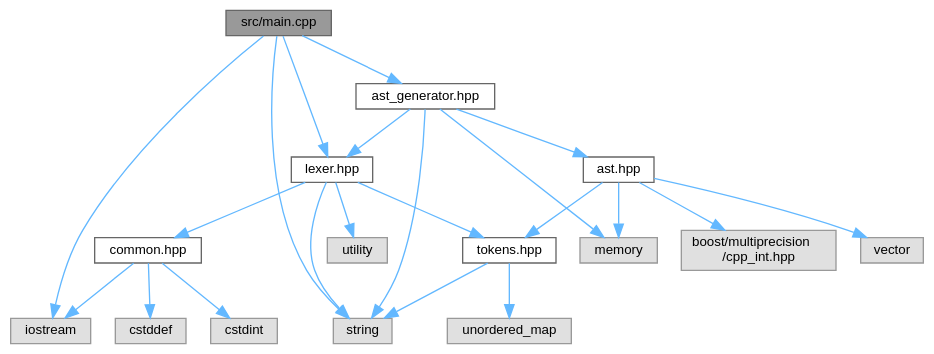
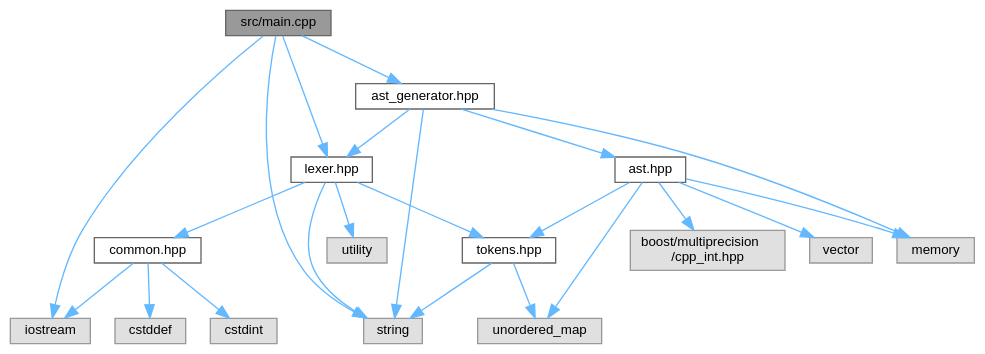
One commit to kejunp/kejunp.github.io changed the diagram in pebbl/docs/main_8cpp__incl.dot. Above: the diagram before and after it, drawn with Graphviz. The commit also changed 30 other files, not shown here.

```diff
--- a/pebbl/docs/main_8cpp__incl.dot
+++ b/pebbl/docs/main_8cpp__incl.dot
@@ -1,43 +1,44 @@
 digraph "src/main.cpp"
 {
  // LATEX_PDF_SIZE
   bgcolor="transparent";
   edge [fontname=Helvetica,fontsize=10,labelfontname=Helvetica,labelfontsize=10];
   node [fontname=Helvetica,fontsize=10,shape=box,height=0.2,width=0.4];
   Node1 [id="Node000001",label="src/main.cpp",height=0.2,width=0.4,color="gray40", fillcolor="grey60", style="filled", fontcolor="black",tooltip=" "];
   Node1 -> Node2 [id="edge1_Node000001_Node000002",color="steelblue1",style="solid",tooltip=" "];
   Node2 [id="Node000002",label="iostream",height=0.2,width=0.4,color="grey60", fillcolor="#E0E0E0", style="filled",tooltip=" "];
   Node1 -> Node3 [id="edge2_Node000001_Node000003",color="steelblue1",style="solid",tooltip=" "];
   Node3 [id="Node000003",label="string",height=0.2,width=0.4,color="grey60", fillcolor="#E0E0E0", style="filled",tooltip=" "];
   Node1 -> Node4 [id="edge3_Node000001_Node000004",color="steelblue1",style="solid",tooltip=" "];
   Node4 [id="Node000004",label="lexer.hpp",height=0.2,width=0.4,color="grey40", fillcolor="white", style="filled",URL="$lexer_8hpp.html",tooltip=" "];
   Node4 -> Node3 [id="edge4_Node000004_Node000003",color="steelblue1",style="solid",tooltip=" "];
   Node4 -> Node5 [id="edge5_Node000004_Node000005",color="steelblue1",style="solid",tooltip=" "];
   Node5 [id="Node000005",label="utility",height=0.2,width=0.4,color="grey60", fillcolor="#E0E0E0", style="filled",tooltip=" "];
   Node4 -> Node6 [id="edge6_Node000004_Node000006",color="steelblue1",style="solid",tooltip=" "];
   Node6 [id="Node000006",label="common.hpp",height=0.2,width=0.4,color="grey40", fillcolor="white", style="filled",URL="$common_8hpp.html",tooltip=" "];
   Node6 -> Node7 [id="edge7_Node000006_Node000007",color="steelblue1",style="solid",tooltip=" "];
   Node7 [id="Node000007",label="cstddef",height=0.2,width=0.4,color="grey60", fillcolor="#E0E0E0", style="filled",tooltip=" "];
   Node6 -> Node8 [id="edge8_Node000006_Node000008",color="steelblue1",style="solid",tooltip=" "];
   Node8 [id="Node000008",label="cstdint",height=0.2,width=0.4,color="grey60", fillcolor="#E0E0E0", style="filled",tooltip=" "];
   Node6 -> Node2 [id="edge9_Node000006_Node000002",color="steelblue1",style="solid",tooltip=" "];
   Node4 -> Node9 [id="edge10_Node000004_Node000009",color="steelblue1",style="solid",tooltip=" "];
   Node9 [id="Node000009",label="tokens.hpp",height=0.2,width=0.4,color="grey40", fillcolor="white", style="filled",URL="$tokens_8hpp.html",tooltip=" "];
   Node9 -> Node3 [id="edge11_Node000009_Node000003",color="steelblue1",style="solid",tooltip=" "];
   Node9 -> Node10 [id="edge12_Node000009_Node000010",color="steelblue1",style="solid",tooltip=" "];
   Node10 [id="Node000010",label="unordered_map",height=0.2,width=0.4,color="grey60", fillcolor="#E0E0E0", style="filled",tooltip=" "];
   Node1 -> Node11 [id="edge13_Node000001_Node000011",color="steelblue1",style="solid",tooltip=" "];
   Node11 [id="Node000011",label="ast_generator.hpp",height=0.2,width=0.4,color="grey40", fillcolor="white", style="filled",URL="$ast__generator_8hpp.html",tooltip=" "];
   Node11 -> Node12 [id="edge14_Node000011_Node000012",color="steelblue1",style="solid",tooltip=" "];
   Node12 [id="Node000012",label="memory",height=0.2,width=0.4,color="grey60", fillcolor="#E0E0E0", style="filled",tooltip=" "];
   Node11 -> Node3 [id="edge15_Node000011_Node000003",color="steelblue1",style="solid",tooltip=" "];
   Node11 -> Node4 [id="edge16_Node000011_Node000004",color="steelblue1",style="solid",tooltip=" "];
   Node11 -> Node13 [id="edge17_Node000011_Node000013",color="steelblue1",style="solid",tooltip=" "];
   Node13 [id="Node000013",label="ast.hpp",height=0.2,width=0.4,color="grey40", fillcolor="white", style="filled",URL="$ast_8hpp.html",tooltip=" "];
   Node13 -> Node14 [id="edge18_Node000013_Node000014",color="steelblue1",style="solid",tooltip=" "];
   Node14 [id="Node000014",label="boost/multiprecision\l/cpp_int.hpp",height=0.2,width=0.4,color="grey60", fillcolor="#E0E0E0", style="filled",tooltip=" "];
   Node13 -> Node12 [id="edge19_Node000013_Node000012",color="steelblue1",style="solid",tooltip=" "];
   Node13 -> Node15 [id="edge20_Node000013_Node000015",color="steelblue1",style="solid",tooltip=" "];
   Node15 [id="Node000015",label="vector",height=0.2,width=0.4,color="grey60", fillcolor="#E0E0E0", style="filled",tooltip=" "];
-  Node13 -> Node9 [id="edge21_Node000013_Node000009",color="steelblue1",style="solid",tooltip=" "];
+  Node13 -> Node10 [id="edge21_Node000013_Node000010",color="steelblue1",style="solid",tooltip=" "];
+  Node13 -> Node9 [id="edge22_Node000013_Node000009",color="steelblue1",style="solid",tooltip=" "];
 }
```
